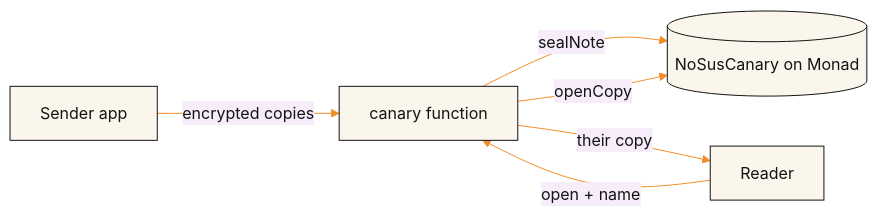
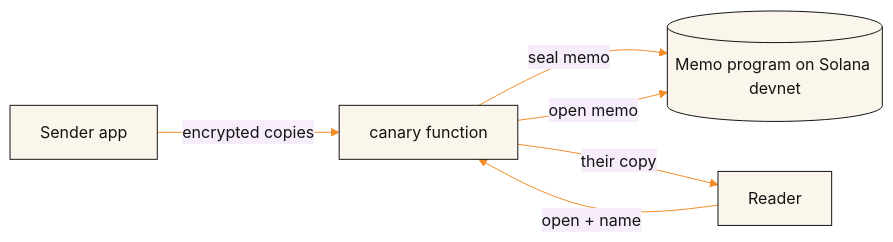
Before and after one commit to https-shubhamsahu/nosus-canary: the diagram in README.md, drawn with Mermaid. The commit also changed other lines of this file and 38 other files, not shown here.

First line of the commit message:
feat(canary): Solana devnet receipts; Monad optional and hidden

````diff
--- a/README.md
+++ b/README.md
@@ -87,9 +88,9 @@
 ```mermaid
 %%{init: {'theme':'base','themeVariables':{'primaryColor':'#FAF6EC','primaryTextColor':'#141414','primaryBorderColor':'#141414','lineColor':'#F28C28','fontFamily':'monospace'}}}%%
 flowchart LR
   S["Sender app"] -- "encrypted copies" --> F["canary function"]
-  F -- "sealNote" --> M[("NoSusCanary on Monad")]
+  F -- "seal memo" --> M[("Memo program on Solana devnet")]
   R["Reader"] -- "open + name" --> F
-  F -- "openCopy" --> M
+  F -- "open memo" --> M
   F -- "their copy" --> R
 ```
````
